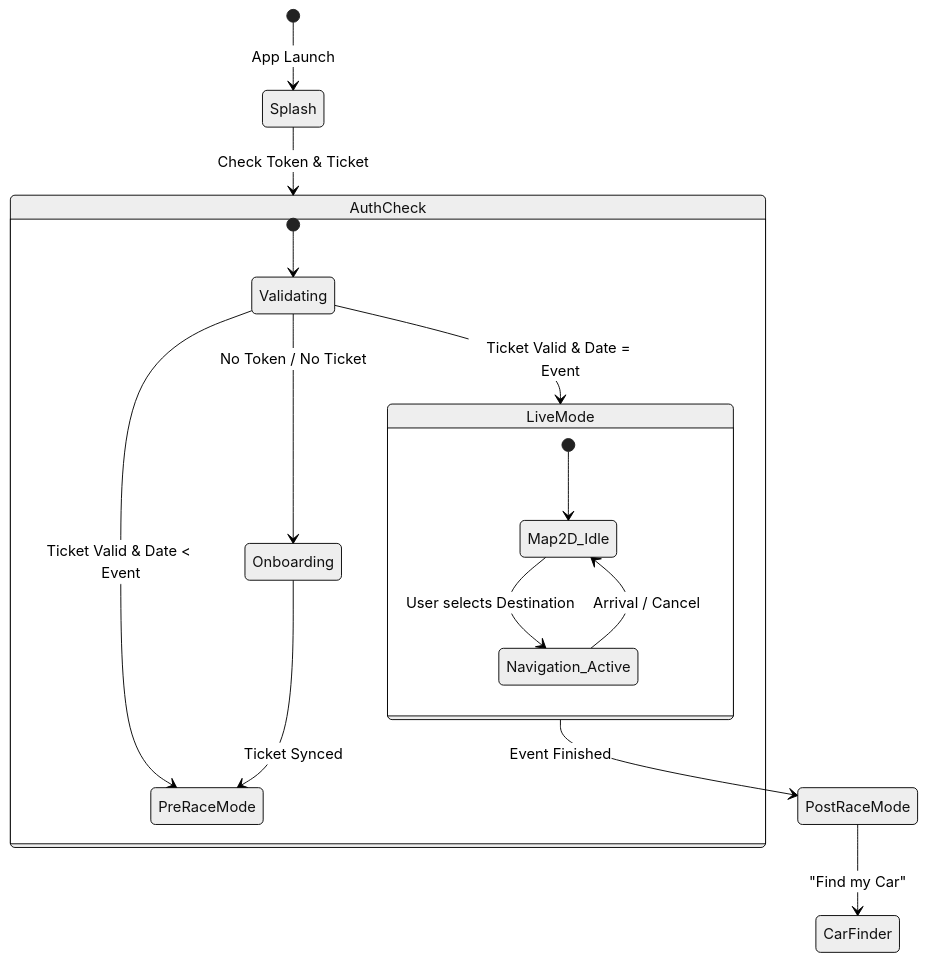
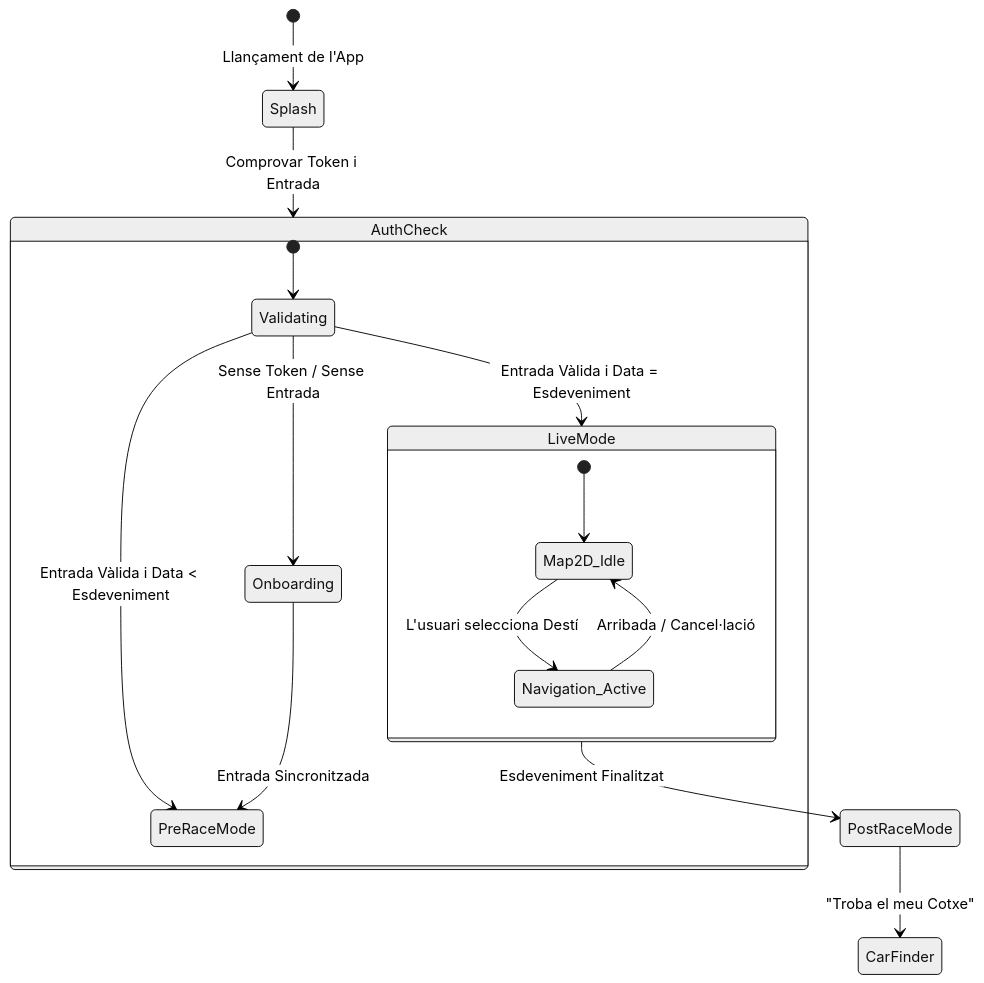
One commit to cdc-grup/app_25_26_tr3g3_cdc changed the first of 2 diagrams in .context/03-frontend/app-states.md. Above: the diagram before and after it, drawn with Mermaid (neutral theme). The commit also changed other lines of this file and 7 other files, not shown here.

````diff
--- a/.context/03-frontend/app-states.md
+++ b/.context/03-frontend/app-states.md
@@ -7,24 +7,23 @@
 ```mermaid
 stateDiagram-v2
-    [*] --> Splash: App Launch
-    Splash --> AuthCheck: Check Token & Ticket
+    [*] --> Splash: Llançament de l'App
+    Splash --> AuthCheck: Comprovar Token i Entrada
 
     state AuthCheck {
         [*] --> Validating
-        Validating --> Onboarding: No Token / No Ticket
-        Validating --> PreRaceMode: Ticket Valid & Date < Event
-        Validating --> LiveMode: Ticket Valid & Date = Event
+        Validating --> Onboarding: Sense Token / Sense Entrada
+        Validating --> PreRaceMode: Entrada Vàlida i Data < Esdeveniment
+        Validating --> LiveMode: Entrada Vàlida i Data = Esdeveniment
     }
 
-    Onboarding --> PreRaceMode: Ticket Synced
+    Onboarding --> PreRaceMode: Entrada Sincronitzada
     
     state LiveMode {
         [*] --> Map2D_Idle
-        Map2D_Idle --> Navigation_Active: User selects Destination
-        Navigation_Active --> Map2D_Idle: Arrival / Cancel
+        Map2D_Idle --> Navigation_Active: L'usuari selecciona Destí
+        Navigation_Active --> Map2D_Idle: Arribada / Cancel·lació
     }
 
-    LiveMode --> PostRaceMode: Event Finished
-    PostRaceMode --> CarFinder: "Find my Car"
-
+    LiveMode --> PostRaceMode: Esdeveniment Finalitzat
+    PostRaceMode --> CarFinder: "Troba el meu Cotxe"
 ```
````
